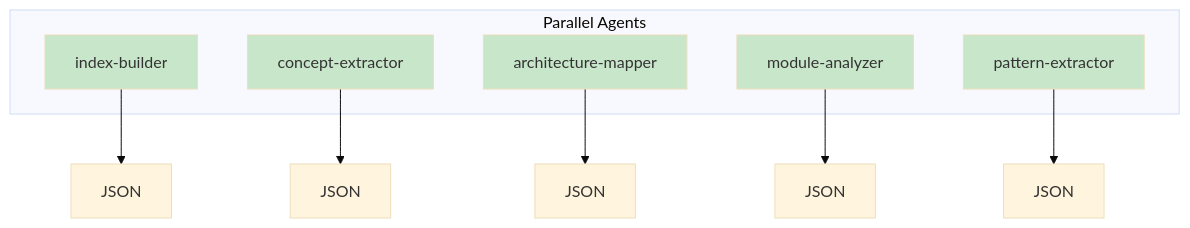
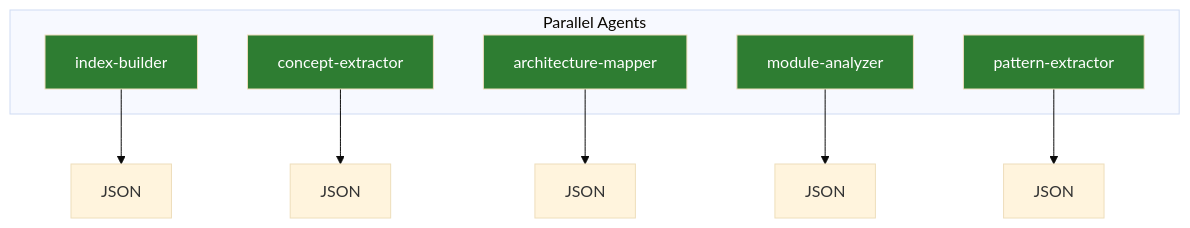
The third of 6 diagrams in docs/concepts/map-reduce-workflows.md (rp1-run/rp1), drawn with Mermaid (base theme) before and after one commit. The commit also changed other lines of this file and 17 other files, not shown here.

````diff
--- a/docs/concepts/map-reduce-workflows.md
+++ b/docs/concepts/map-reduce-workflows.md
@@ -79,22 +79,22 @@
 ```mermaid
 flowchart TB
     subgraph "Parallel Agents"
         A1[index-builder]
         A2[concept-extractor]
         A3[architecture-mapper]
         A4[module-analyzer]
         A5[pattern-extractor]
     end
 
     A1 --> J1[JSON]
     A2 --> J2[JSON]
     A3 --> J3[JSON]
     A4 --> J4[JSON]
     A5 --> J5[JSON]
 
-    style A1 fill:#c8e6c9
-    style A2 fill:#c8e6c9
-    style A3 fill:#c8e6c9
-    style A4 fill:#c8e6c9
-    style A5 fill:#c8e6c9
+    style A1 fill:#2e7d32,color:#fff
+    style A2 fill:#2e7d32,color:#fff
+    style A3 fill:#2e7d32,color:#fff
+    style A4 fill:#2e7d32,color:#fff
+    style A5 fill:#2e7d32,color:#fff
 ```
````
